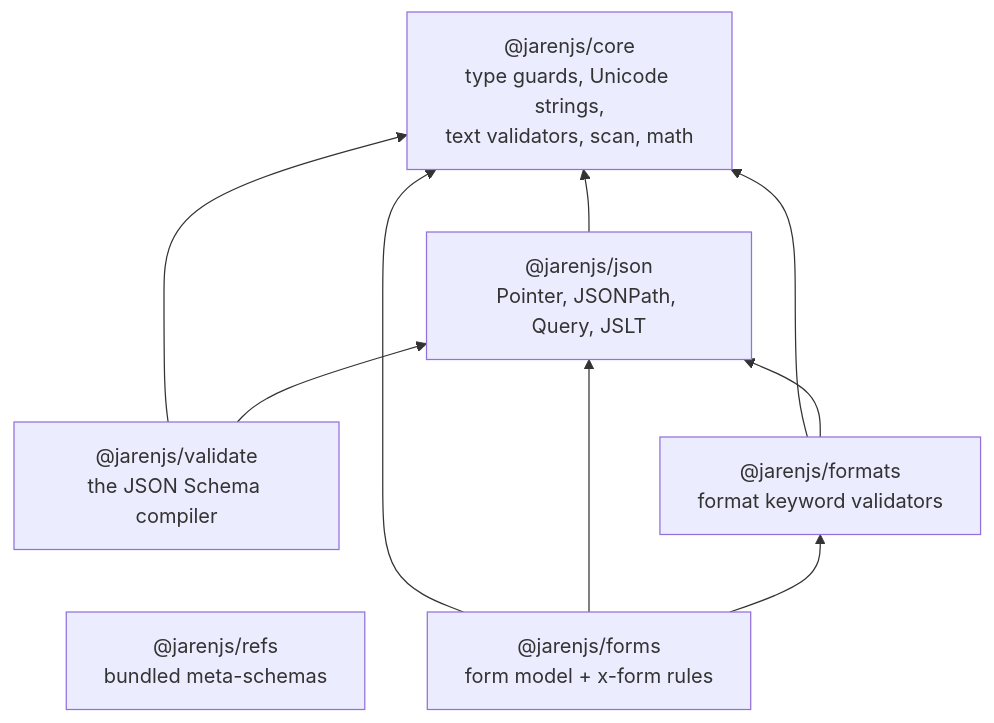
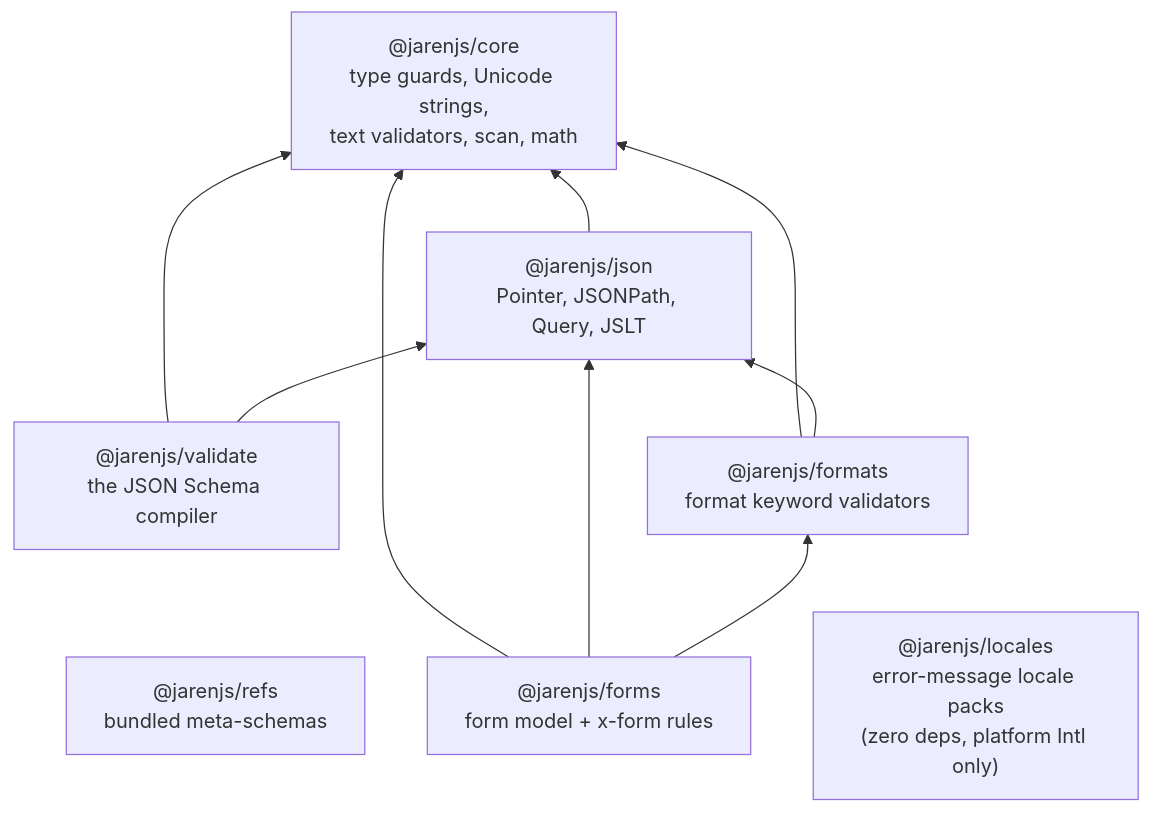
The diagram in ARCHITECTURE.md (jklarenbeek/jarenjs), drawn with Mermaid before and after one commit. The commit also changed other lines of this file and 43 other files, not shown here.

````diff
--- a/ARCHITECTURE.md
+++ b/ARCHITECTURE.md
@@ -40,18 +40,19 @@
 ```mermaid
 flowchart BT
     CORE["@jarenjs/core<br/>type guards, Unicode strings,<br/>text validators, scan, math"]
     JSON["@jarenjs/json<br/>Pointer, JSONPath, Query, JSLT"]
     VALIDATE["@jarenjs/validate<br/>the JSON Schema compiler"]
     FORMATS["@jarenjs/formats<br/>format keyword validators"]
     REFS["@jarenjs/refs<br/>bundled meta-schemas"]
     FORMS["@jarenjs/forms<br/>form model + x-form rules"]
+    LOCALES["@jarenjs/locales<br/>error-message locale packs<br/>(zero deps, platform Intl only)"]
 
     JSON --> CORE
     VALIDATE --> CORE
     VALIDATE --> JSON
     FORMATS --> CORE
     FORMATS --> JSON
     FORMS --> CORE
     FORMS --> JSON
     FORMS --> FORMATS
 ```
````
